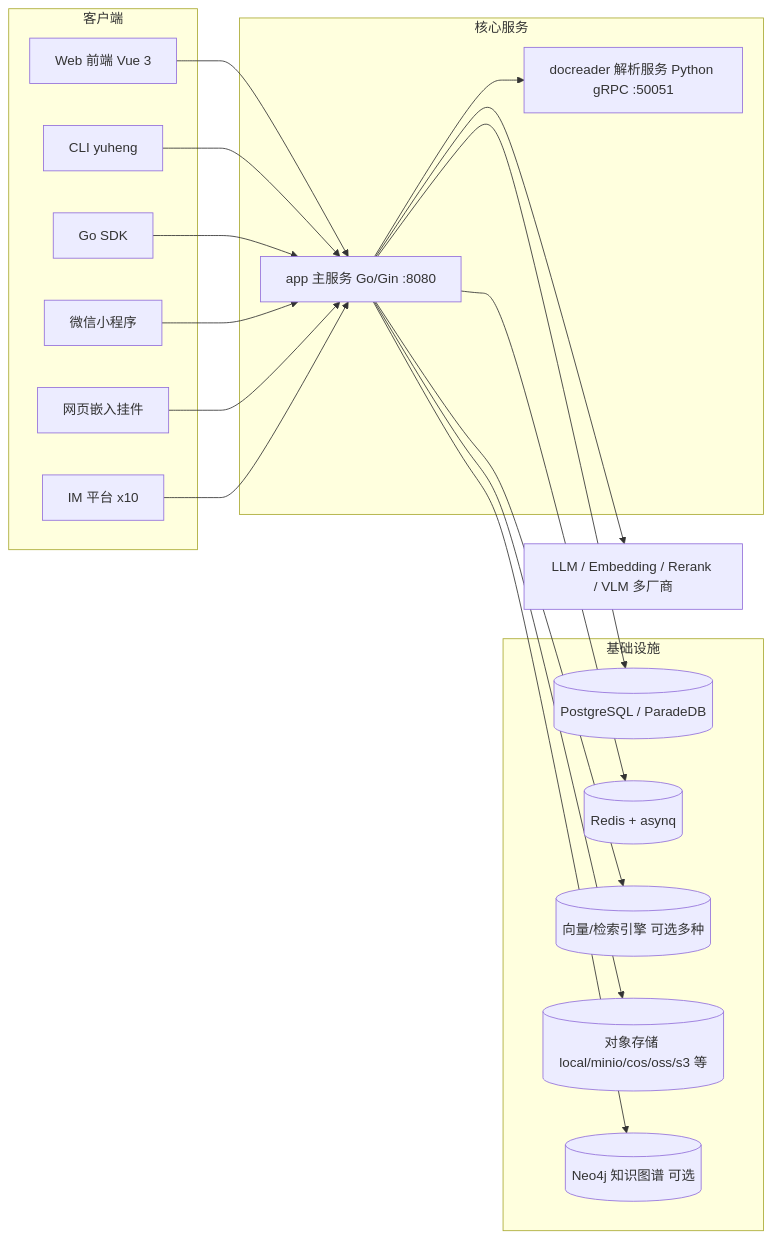
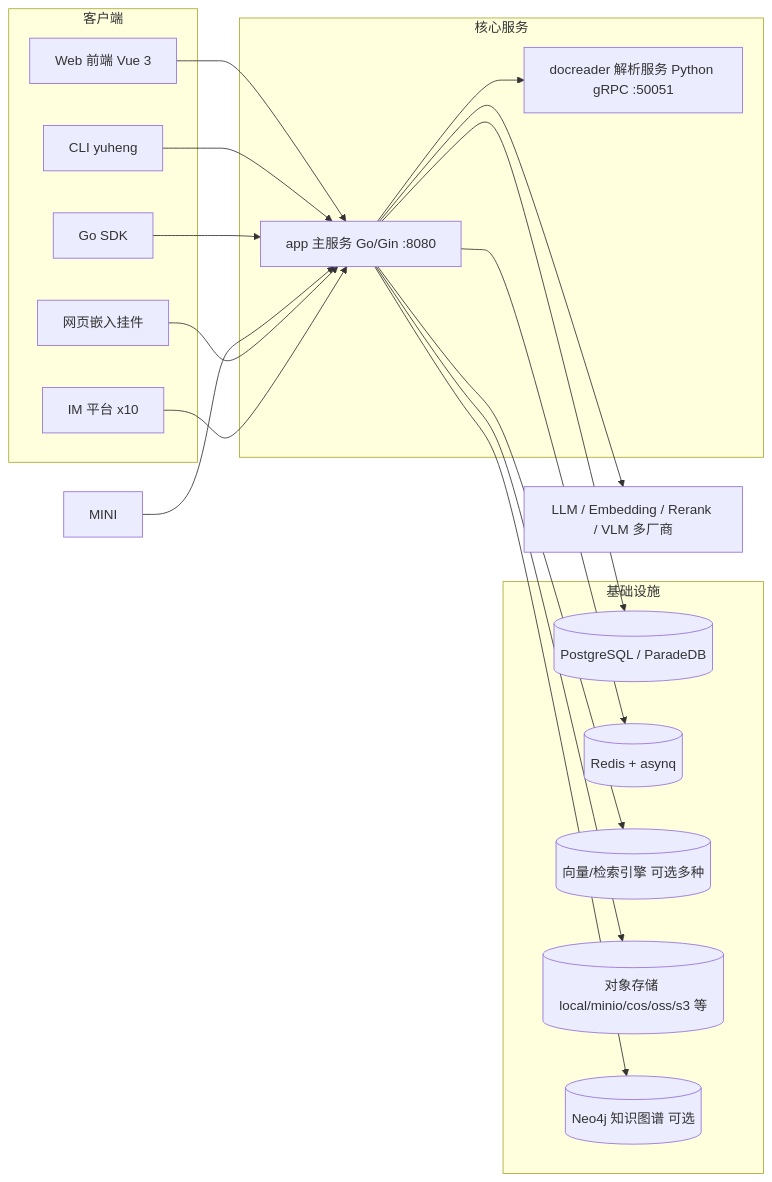
Before and after one commit to magicyuan876/Yuheng: the diagram in website-docs/README.md, drawn with Mermaid. The commit also changed other lines of this file and 162 other files, not shown here.

````diff
--- a/website-docs/README.md
+++ b/website-docs/README.md
@@ -139,36 +137,35 @@
 ```mermaid
 flowchart LR
     subgraph Clients["客户端"]
         FE["Web 前端 Vue 3"]
         CLI["CLI yuheng"]
         SDK["Go SDK"]
-        MINI["微信小程序"]
         EMBED["网页嵌入挂件"]
         IM["IM 平台 x10"]
     end
     subgraph Core["核心服务"]
         APP["app 主服务 Go/Gin :8080"]
         DR["docreader 解析服务 Python gRPC :50051"]
     end
     subgraph Infra["基础设施"]
         PG[("PostgreSQL / ParadeDB")]
         RD[("Redis + asynq")]
         VS[("向量/检索引擎 可选多种")]
         OBJ[("对象存储 local/minio/cos/oss/s3 等")]
         NEO[("Neo4j 知识图谱 可选")]
     end
     LLM["LLM / Embedding / Rerank / VLM 多厂商"]
     FE --> APP
     CLI --> APP
     SDK --> APP
     MINI --> APP
     EMBED --> APP
     IM --> APP
     APP --> DR
     APP --> PG
     APP --> RD
     APP --> VS
     APP --> OBJ
     APP --> NEO
     APP --> LLM
 ```
````
